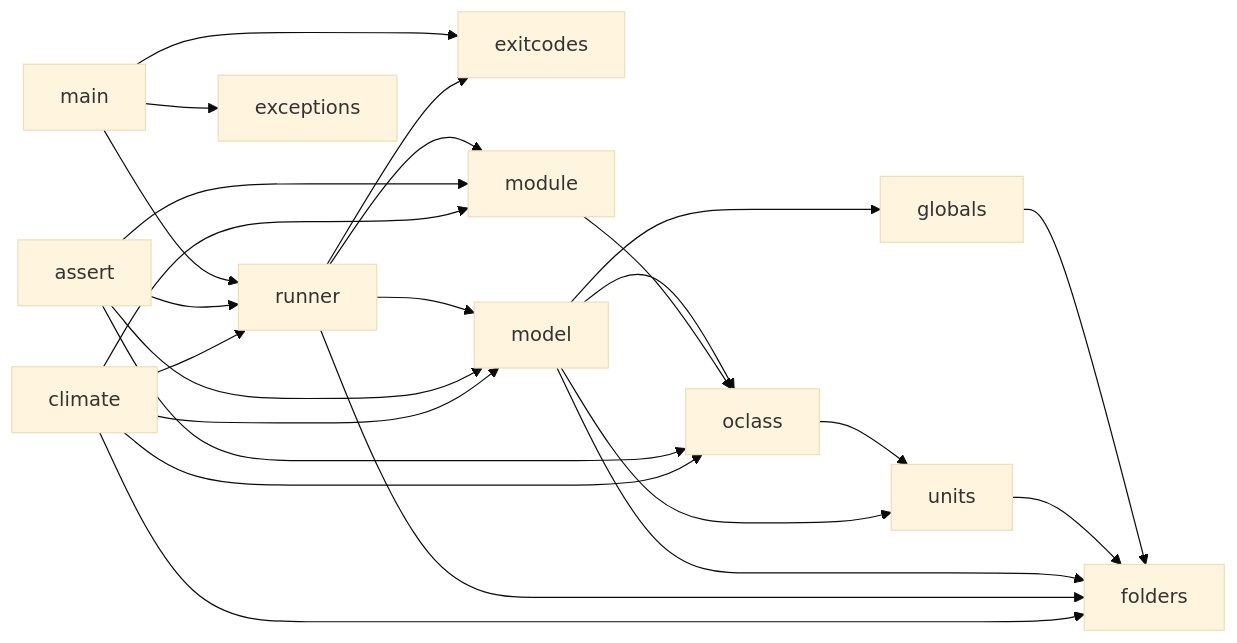
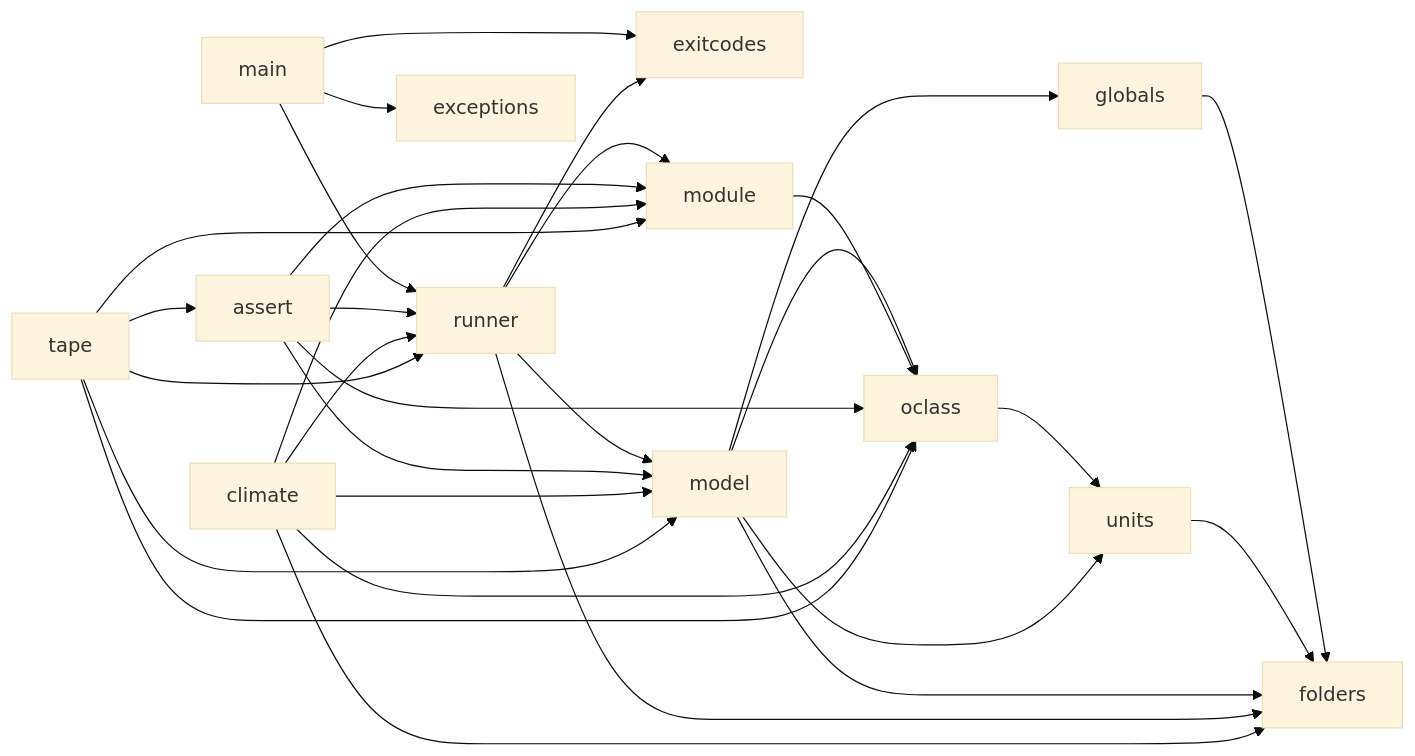
The diagram in DESIGN.md (arras-energy/arras), drawn with Mermaid (base theme) before and after one commit. The commit also changed other lines of this file and 69 other files, not shown here.

First line of the commit message:
Add the gridlabd tape module as a Python package (src/tape) (#54)

````diff
--- a/DESIGN.md
+++ b/DESIGN.md
@@ -270,27 +309,32 @@
 ```mermaid
 flowchart LR
   main --> runner
   main --> exceptions
   main --> exitcodes
   globals --> folders
   units --> folders
   model --> folders
   runner --> folders
   runner --> model
   runner --> exitcodes
   runner --> module
   oclass --> units
   model --> globals
   model --> oclass
   model --> units
   module --> oclass
   assert --> model
   assert --> module
   assert --> oclass
   assert --> runner
   climate --> folders
   climate --> model
   climate --> module
   climate --> oclass
   climate --> runner
+  tape --> model
+  tape --> module
+  tape --> oclass
+  tape --> runner
+  tape --> assert
 ```
````
